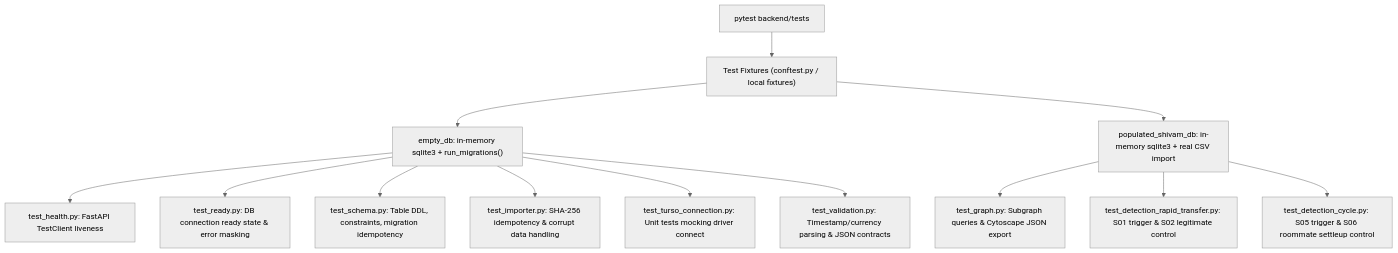
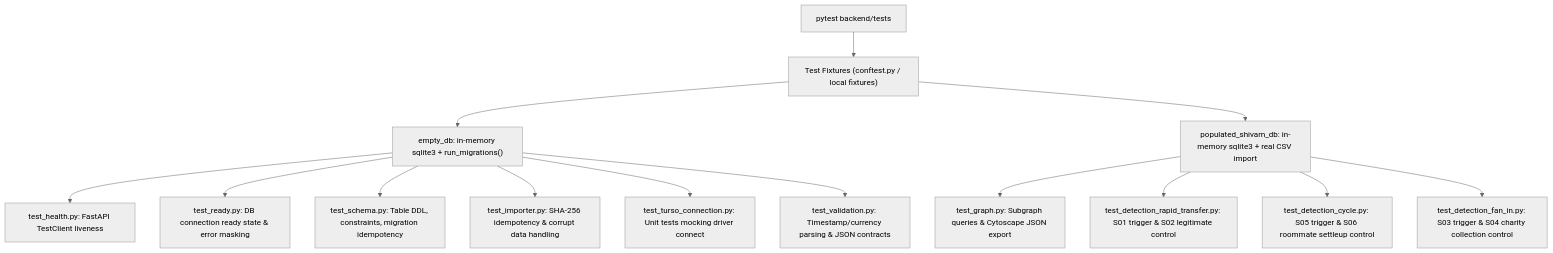
Before and after one commit to bharath-0814/anvik: the fifth of 5 diagrams in docs/FLOW.md, drawn with Mermaid (neutral theme). The commit also changed other lines of this file and 6 other files, not shown here.

Commit message:
feat(detection): implement multiple-source fan-in rule and update flow docs

````diff
--- a/docs/FLOW.md
+++ b/docs/FLOW.md
@@ -160,17 +177,18 @@
 ```mermaid
 flowchart TD
     A["pytest backend/tests"] --> B["Test Fixtures (conftest.py / local fixtures)"]
     B --> C["empty_db: in-memory sqlite3 + run_migrations()"]
     B --> D["populated_shivam_db: in-memory sqlite3 + real CSV import"]
     
     C --> E1["test_health.py: FastAPI TestClient liveness"]
     C --> E2["test_ready.py: DB connection ready state & error masking"]
     C --> E3["test_schema.py: Table DDL, constraints, migration idempotency"]
     C --> E4["test_importer.py: SHA-256 idempotency & corrupt data handling"]
     C --> E5["test_turso_connection.py: Unit tests mocking driver connect"]
     C --> E6["test_validation.py: Timestamp/currency parsing & JSON contracts"]
     
     D --> F1["test_graph.py: Subgraph queries & Cytoscape JSON export"]
     D --> F2["test_detection_rapid_transfer.py: S01 trigger & S02 legitimate control"]
     D --> F3["test_detection_cycle.py: S05 trigger & S06 roommate settleup control"]
+    D --> F4["test_detection_fan_in.py: S03 trigger & S04 charity collection control"]
 ```
````
